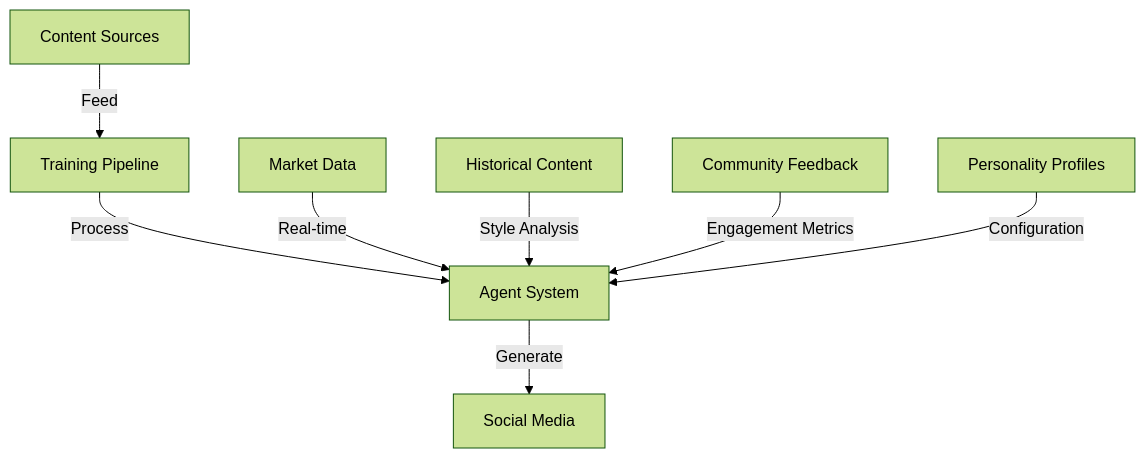
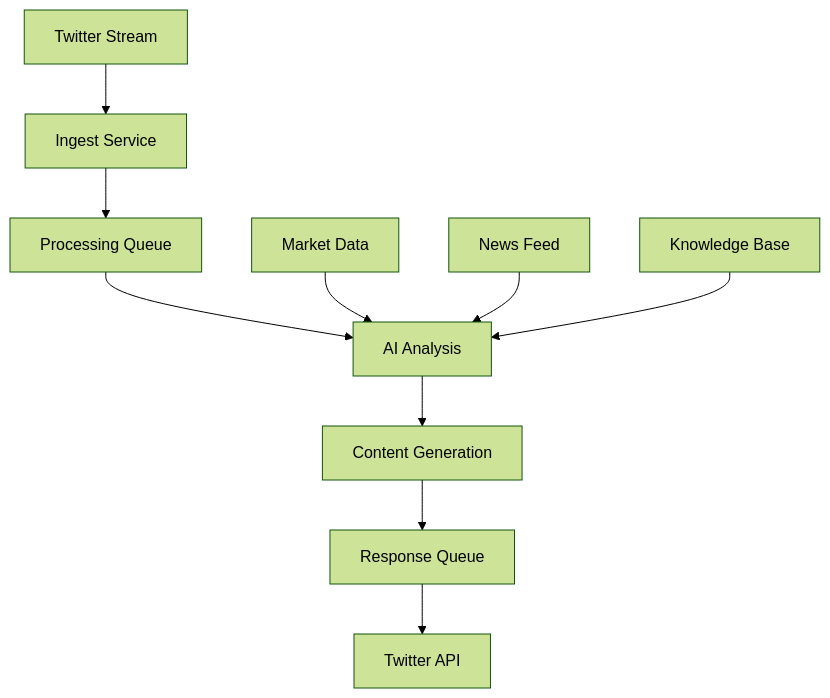
One commit to humanperzeus/CZ-Ai-Agent-MVP_2 changed the diagram in README.md. Above: the diagram before and after it, drawn with Mermaid (forest theme). The commit also changed other lines of this file, not shown here.

Commit message:
Docs(readme): update with CZ AI agent details and implementation guide

````diff
--- a/README.md
+++ b/README.md
@@ -19,10 +101,12 @@
 ```mermaid
 graph TD
-    A[Content Sources] -->|Feed| B[Training Pipeline]
-    B -->|Process| C[Agent System]
-    C -->|Generate| D[Social Media]
-    E[Market Data] -->|Real-time| C
-    F[Historical Content] -->|Style Analysis| C
-    G[Community Feedback] -->|Engagement Metrics| C
-    H[Personality Profiles] -->|Configuration| C
+    A[Twitter Stream] --> B[Ingest Service]
+    B --> C[Processing Queue]
+    C --> D[AI Analysis]
+    D --> E[Content Generation]
+    E --> F[Response Queue]
+    F --> G[Twitter API]
+    H[Market Data] --> D
+    I[News Feed] --> D
+    J[Knowledge Base] --> D
 ```
````
